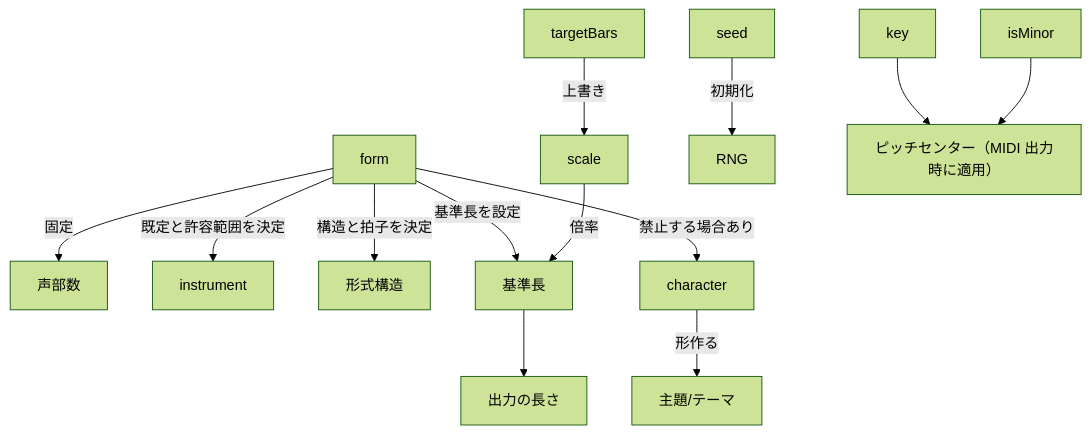
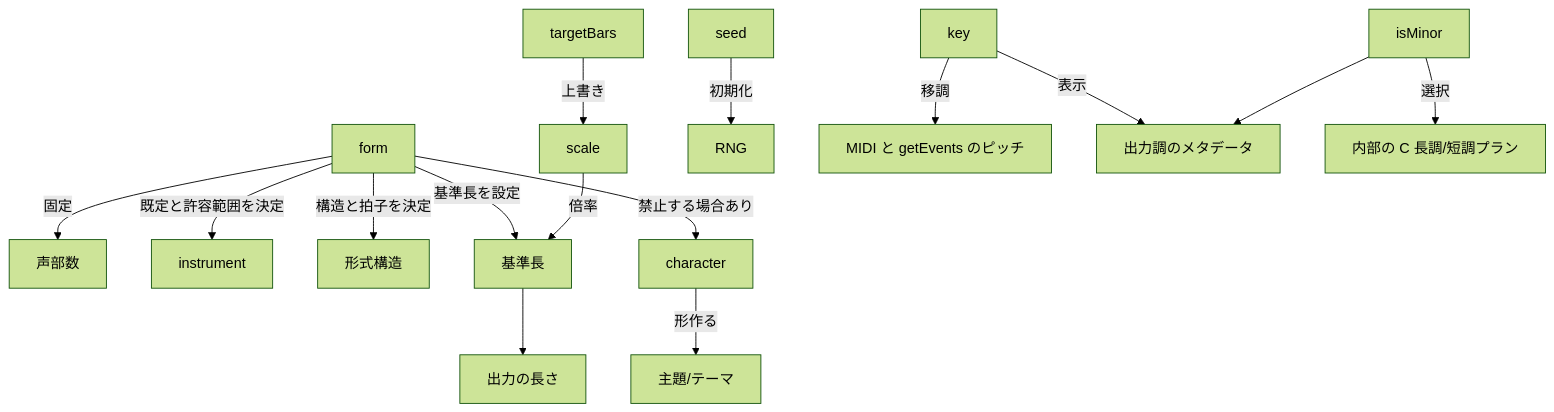
One commit to libraz/midi-sketch-bach-homepage changed the first of 2 diagrams in src/ja/docs/option-relationships.md. Above: the diagram before and after it, drawn with Mermaid (forest theme). The commit also changed other lines of this file and 43 other files, not shown here.

````diff
--- a/src/ja/docs/option-relationships.md
+++ b/src/ja/docs/option-relationships.md
@@ -16,15 +16,17 @@
 ```mermaid
 graph TD
     A["form"] -->|"固定"| C["声部数"]
     A -->|"既定と許容範囲を決定"| B["instrument"]
     A -->|"構造と拍子を決定"| E["形式構造"]
     A -->|"基準長を設定"| P["基準長"]
     F["scale"] -->|"倍率"| P
     P --> G["出力の長さ"]
     H["targetBars"] -->|"上書き"| F
     I["seed"] -->|"初期化"| J["RNG"]
-    K["key"] --> L["ピッチセンター（MIDI 出力時に適用）"]
-    M["isMinor"] --> L
+    K["key"] -->|"移調"| L["MIDI と getEvents のピッチ"]
+    K -->|"表示"| Q["出力調のメタデータ"]
+    M["isMinor"] -->|"選択"| R["内部の C 長調/短調プラン"]
+    M --> Q
     N["character"] -->|"形作る"| O["主題/テーマ"]
     A -->|"禁止する場合あり"| N
 ```
````
